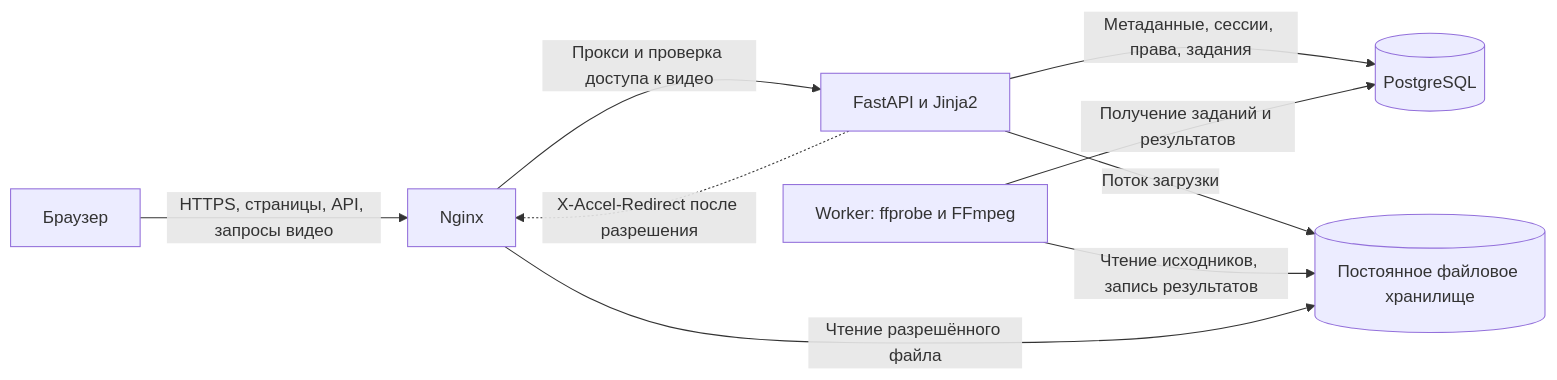
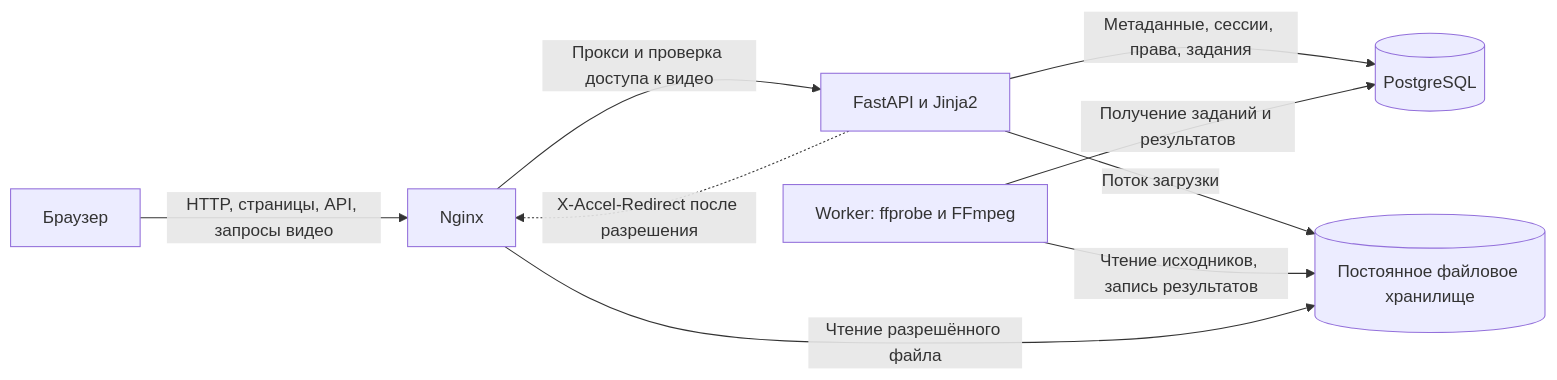
Before and after one commit to loraAbramchuk/TestIIDevelop: the first of 3 diagrams in docs/architecture.md, drawn with Mermaid. The commit also changed other lines of this file and 33 other files, not shown here.

````diff
--- a/docs/architecture.md
+++ b/docs/architecture.md
@@ -30,11 +30,11 @@
 ```mermaid
 flowchart LR
-    B[Браузер] -->|HTTPS, страницы, API, запросы видео| N[Nginx]
+    B[Браузер] -->|HTTP, страницы, API, запросы видео| N[Nginx]
     N -->|Прокси и проверка доступа к видео| A[FastAPI и Jinja2]
     A -->|Метаданные, сессии, права, задания| D[(PostgreSQL)]
     A -->|Поток загрузки| S[(Постоянное файловое хранилище)]
     W[Worker: ffprobe и FFmpeg] -->|Получение заданий и результатов| D
     W -->|Чтение исходников, запись результатов| S
     A -.->|X-Accel-Redirect после разрешения| N
     N -->|Чтение разрешённого файла| S
 ```
````
